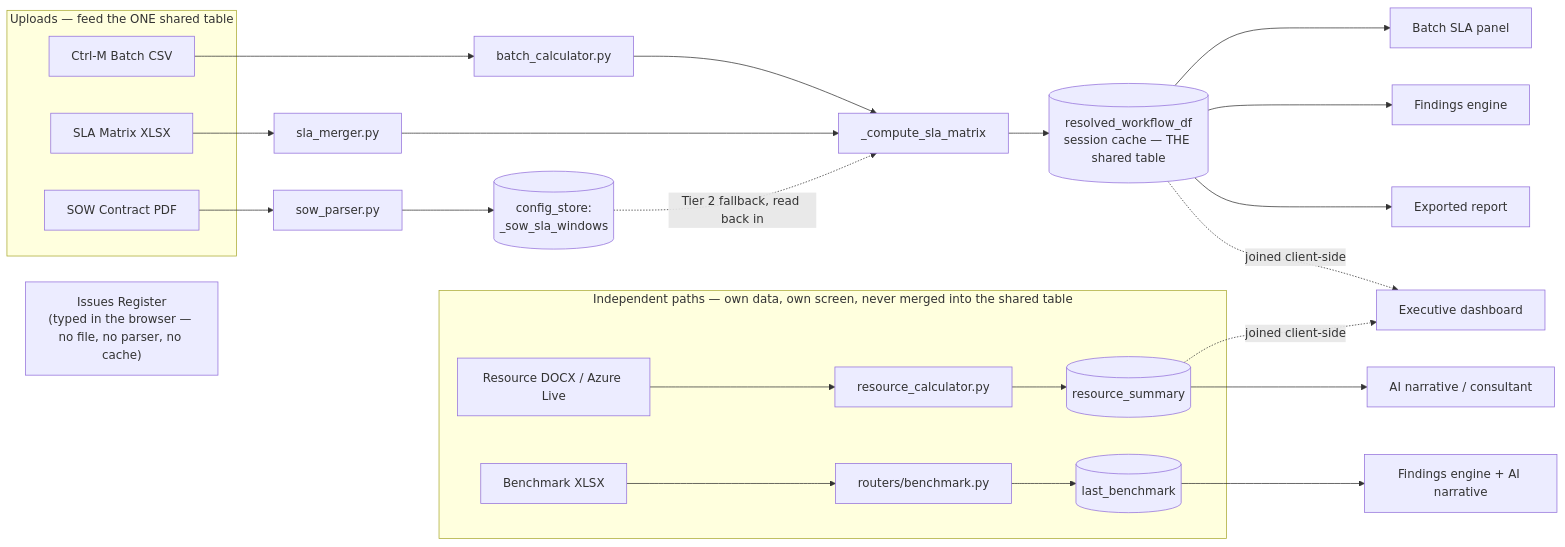
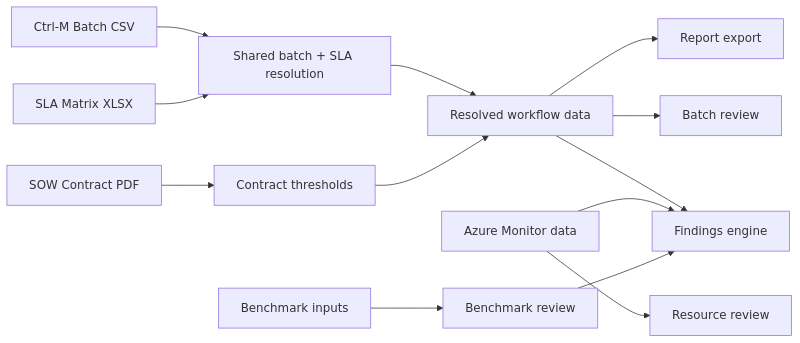
One commit to ayum321/PE_Dashboard changed the first of 2 diagrams in other/PE_Dashboard_Presentation.md. Above: the diagram before and after it, drawn with Mermaid. The commit also changed other lines of this file, not shown here.

Commit message:
Refine PE dashboard presentation deck

````diff
--- a/other/PE_Dashboard_Presentation.md
+++ b/other/PE_Dashboard_Presentation.md
@@ -81,30 +42,17 @@
 ```mermaid
 flowchart LR
-    subgraph Uploads["Uploads — feed the ONE shared table"]
-        A[Ctrl-M Batch CSV]
-        C[SLA Matrix XLSX]
-        D[SOW Contract PDF]
-    end
-    A --> P[batch_calculator.py]
-    C --> M[sla_merger.py]
-    D --> S[sow_parser.py]
-    S --> CFG[(config_store:\n_sow_sla_windows)]
-    P --> T[_compute_sla_matrix]
-    M --> T
-    CFG -. "Tier 2 fallback, read back in" .-> T
-    T --> X[(resolved_workflow_df\nsession cache — THE shared table)]
-    X --> U1[Batch SLA panel]
-    X --> U2[Findings engine]
-    X --> U3[Exported report]
-    X -. "joined client-side" .-> U4[Executive dashboard]
+    A[Ctrl-M Batch CSV] --> B[Shared batch + SLA resolution]
+    C[SLA Matrix XLSX] --> B
+    D[SOW Contract PDF] --> E[Contract thresholds]
+    B --> F[Resolved workflow data]
+    E --> F
 
-    subgraph Independent["Independent paths — own data, own screen, never merged into the shared table"]
-        B[Resource DOCX / Azure Live] --> R[resource_calculator.py] --> RS[(resource_summary)]
-        E[Benchmark XLSX] --> BR[routers/benchmark.py] --> BS[(last_benchmark)]
-    end
-    RS --> N1[AI narrative / consultant]
-    BS --> N2[Findings engine + AI narrative]
-    RS -. "joined client-side" .-> U4
+    F --> G[Batch review]
+    F --> H[Findings engine]
+    F --> I[Report export]
 
-    F["Issues Register\n(typed in the browser — no file, no parser, no cache)"]
+    J[Azure Monitor data] --> K[Resource review]
+    J --> H
+    L[Benchmark inputs] --> M[Benchmark review]
+    M --> H
 ```
````
